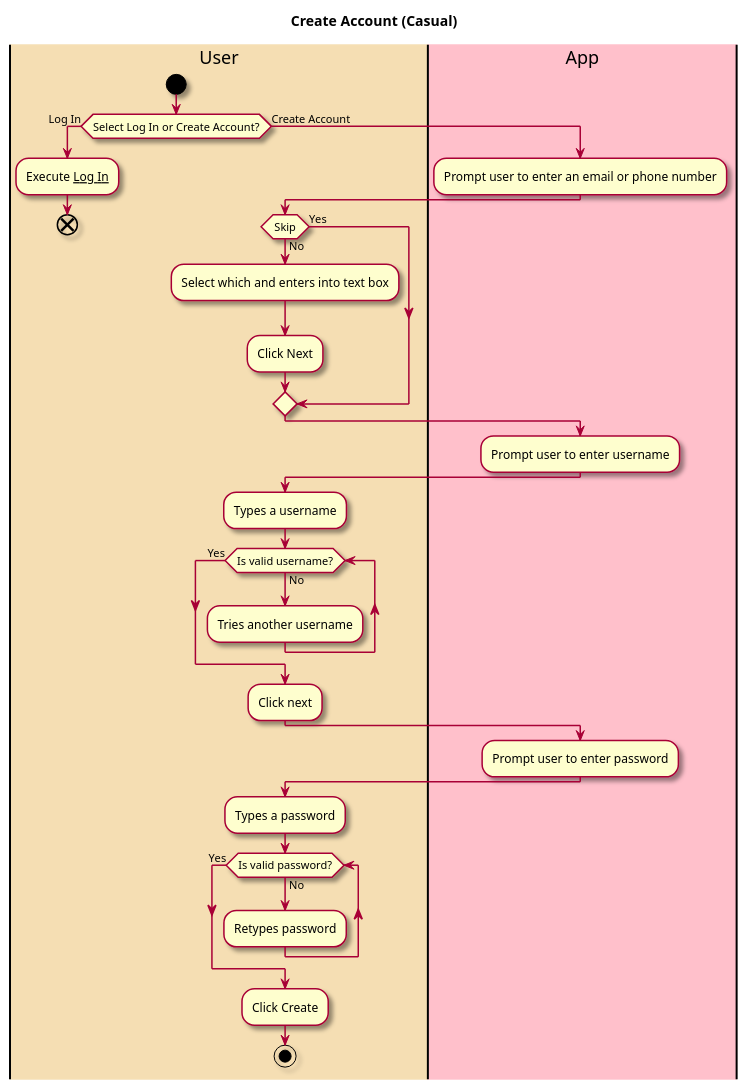
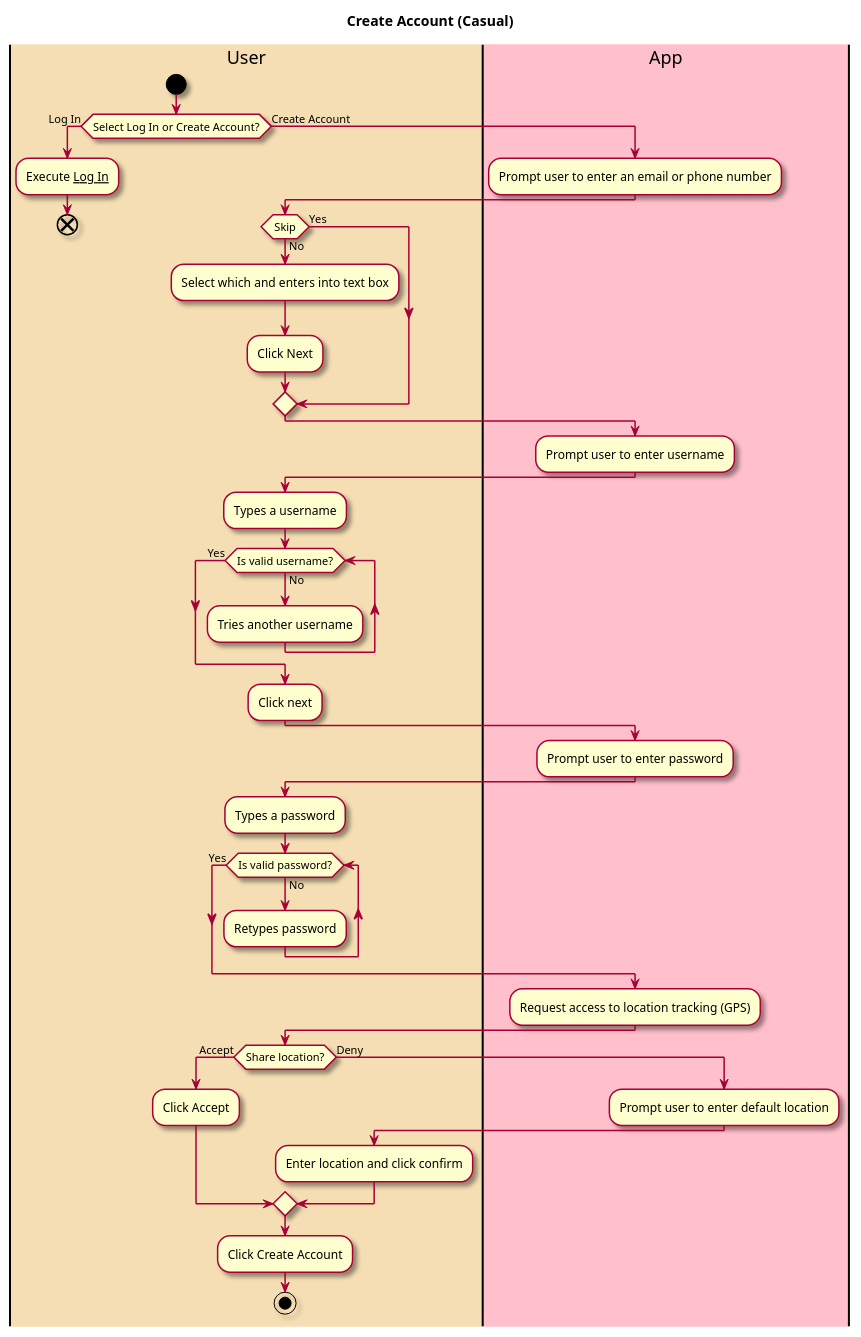
One commit to tanwasp/LunchBox-Android changed the first of 2 diagrams in intellij/doc/use_cases/create-account.md. Above: the diagram before and after it, drawn with PlantUML. The commit also changed other lines of this file and 7 other files, not shown here.

````diff
--- a/intellij/doc/use_cases/create-account.md
+++ b/intellij/doc/use_cases/create-account.md
@@ -33,53 +31,67 @@
 ```plantuml
 @startuml
 
 skin rose
 
 title Create Account (Casual)
 
 |#wheat|User|
 |#pink|App|
 
 |User|
 start
 if (Select Log In or Create Account?) is (Log In) then
 :Execute __Log In__; 
 end
 else (Create Account)
 |App|
 :Prompt user to enter an email or phone number;
 
 |User|
 if (Skip) is (No) then
 :Select which and enters into text box;
 :Click Next;
 else (Yes)
 endif
 
 |App|
 :Prompt user to enter username;
 
 |User|
 :Types a username;
 
 while (Is valid username?) is (No) 
 |User|
 :Tries another username;
 endwhile (Yes)
 :Click next;
 
 |App|
 :Prompt user to enter password;
 
 |User|
 :Types a password;
 
 while (Is valid password?) is (No) 
 |User|
 :Retypes password;
 endwhile (Yes)
-:Click Create;
+
+|App|
+:Request access to location tracking (GPS);
+
+|User|
+if (Share location?) is (Accept) then
+:Click Accept;
+else (Deny)
+|App|
+:Prompt user to enter default location;
+|User|
+:Enter location and click confirm;
+endif
+
+:Click Create Account;
 stop
 
 @enduml
 ```
````
